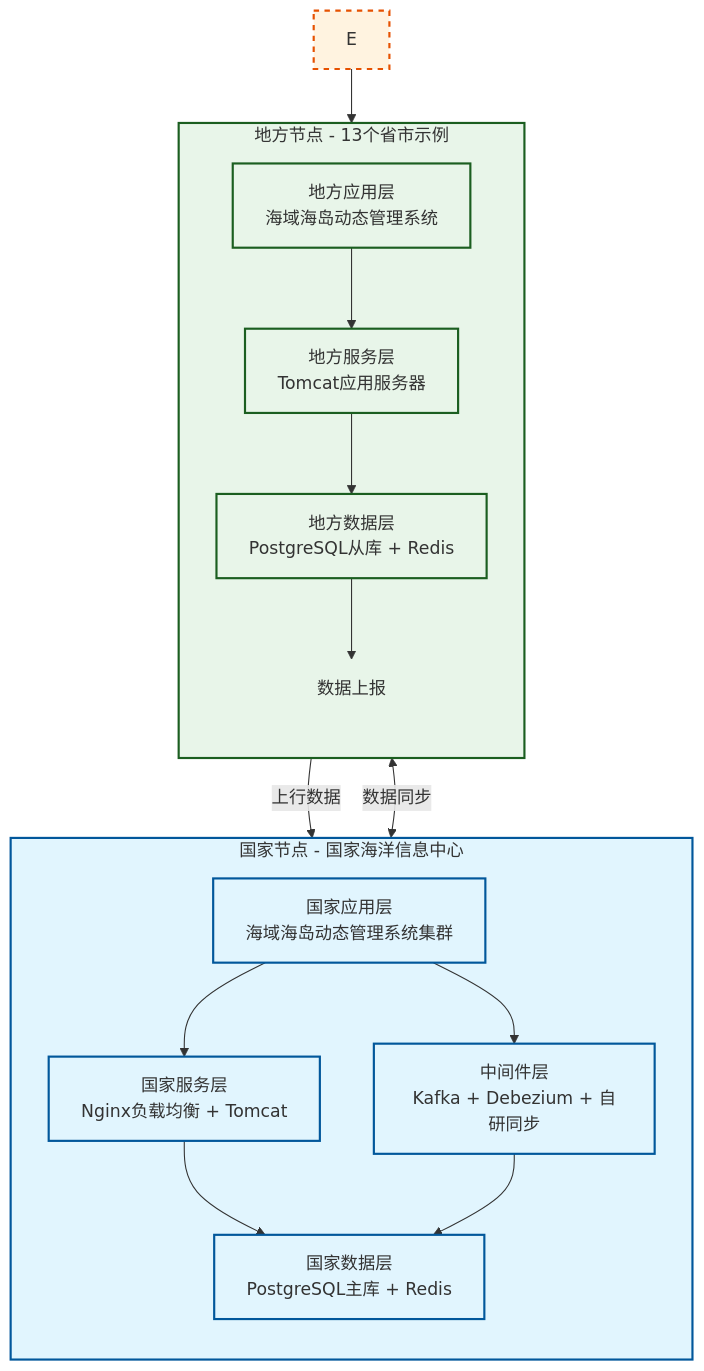
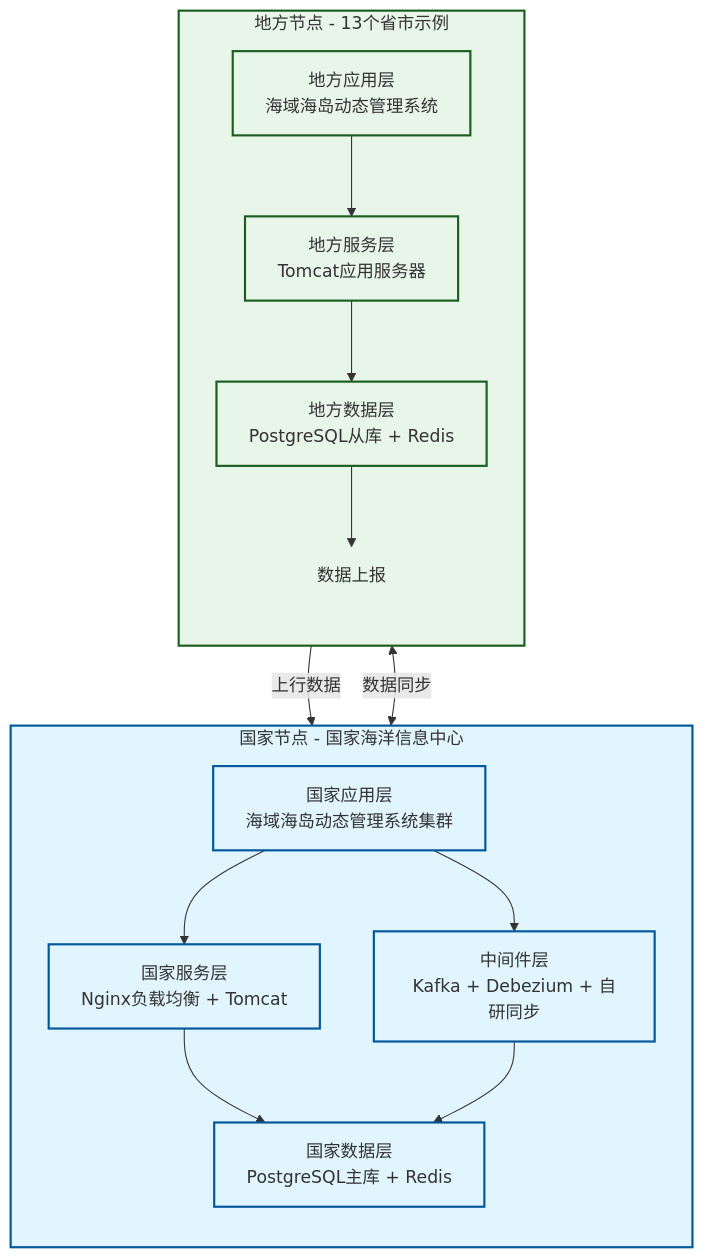
One commit to MyJohn2/iodraw-files changed the diagram in all/未命名-1.md. Above: the diagram before and after it, drawn with Mermaid.

Commit message:
2026-03-03 15:05:20 update

````diff
--- a/all/未命名-1.md
+++ b/all/未命名-1.md
@@ -1,49 +1,48 @@
 ```mermaid
 flowchart TD
     %% 定义样式
     classDef nation fill:#e1f5fe,stroke:#01579b,stroke-width:2px;
     classDef network fill:#fff3e0,stroke:#e65100,stroke-width:2px,stroke-dasharray: 5 5;
     classDef local fill:#e8f5e9,stroke:#1b5e20,stroke-width:2px;
 
     subgraph NationNode [国家节点 - 国家海洋信息中心]
         direction TB
         A[国家应用层<br/>海域海岛动态管理系统集群]
         B[国家服务层<br/>Nginx负载均衡 + Tomcat]
         C[国家数据层<br/>PostgreSQL主库 + Redis]
         D[中间件层<br/>Kafka + Debezium + 自研同步]
         
         A --> B
         B --> C
         A --> D
         D --> C
     end
     
 
     
     subgraph LocalNode [地方节点 - 13个省市示例]
         direction TB
         F[地方应用层<br/>海域海岛动态管理系统]
         G[地方服务层<br/>Tomcat应用服务器]
         H[地方数据层<br/>PostgreSQL从库 + Redis]
         
         F --> G
         G --> H
         H --> D_Link[数据上报]
     end
 
     %% 跨子图连接 (连接具体节点而非子图名称)
-    E --> F
     D <-->|数据同步 | H
     H -->|上行数据 | D
 
     %% 应用样式
     class NationNode,A,B,C,D nation;
     class SecureNet,E network;
     class LocalNode,F,G,H local;
     
     %% 隐藏用于逻辑连接的辅助节点样式
     style D_Link fill:none,stroke:none;
 
 
 
 ```
````
